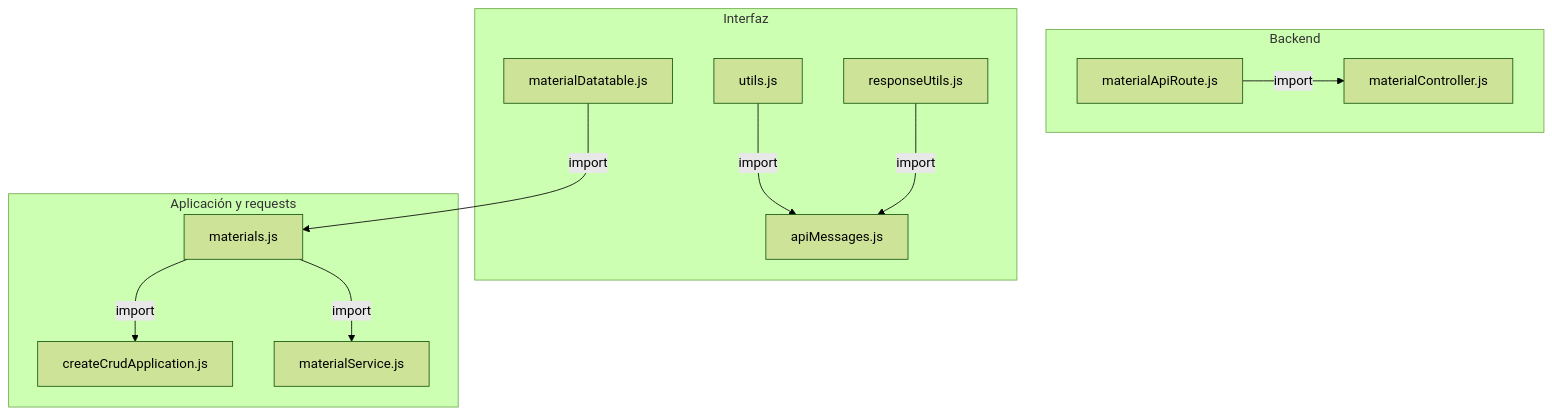
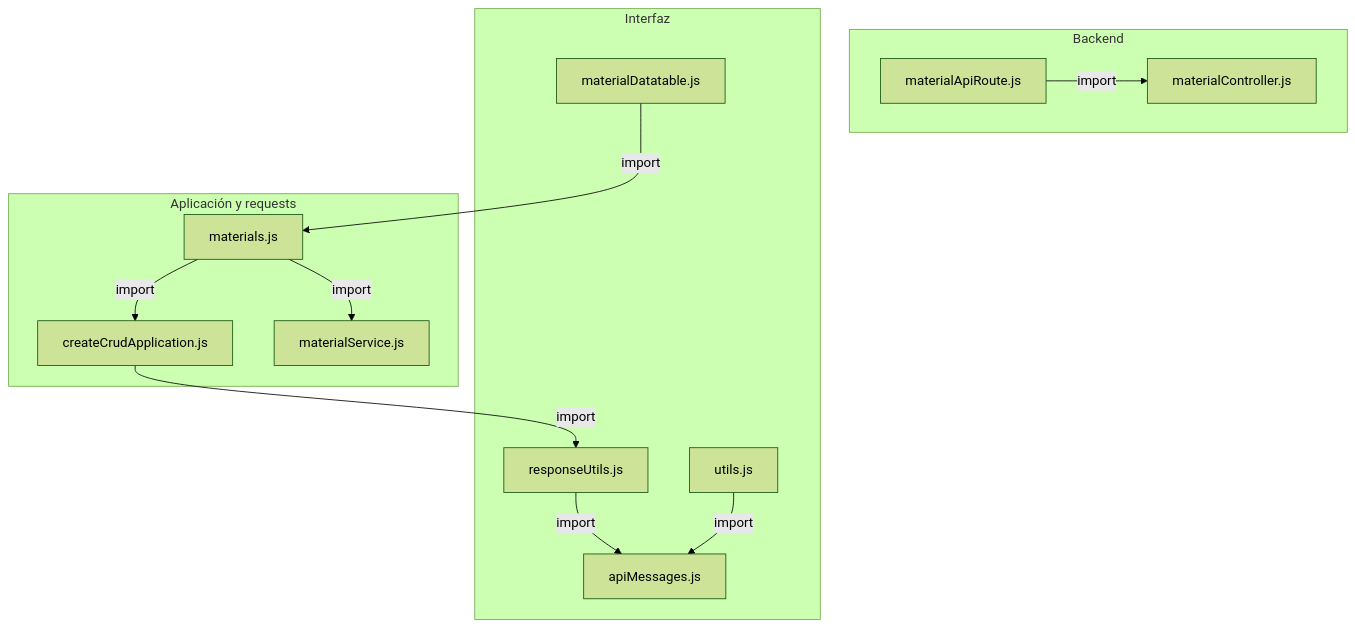
The first of 2 diagrams in docs/architecture/views/processes/frontend-code-sequences/catalogs/cu-alm-04.md (gpgsistemas01/nexus), drawn with Mermaid (forest theme) before and after one commit. The commit also changed 200 other files, not shown here.

````diff
--- a/docs/architecture/views/processes/frontend-code-sequences/catalogs/cu-alm-04.md
+++ b/docs/architecture/views/processes/frontend-code-sequences/catalogs/cu-alm-04.md
@@ -45,24 +45,25 @@
 ```mermaid
 flowchart TB
     subgraph Component0["Backend"]
         FileMaterialController["materialController.js"]
         Transport["materialApiRoute.js"]
     end
     subgraph Component1["Interfaz"]
         FileUtils["utils.js"]
         FileApiMessages["apiMessages.js"]
         View["materialDatatable.js"]
         FileResponseUtils["responseUtils.js"]
     end
     subgraph Component2["Aplicación y requests"]
         Application["createCrudApplication.js"]
         FileMaterials["materials.js"]
         Request["materialService.js"]
     end
+    Application -->|import| FileResponseUtils
+    FileMaterials -->|import| Application
+    FileMaterials -->|import| Request
+    FileResponseUtils -->|import| FileApiMessages
     FileUtils -->|import| FileApiMessages
-    FileMaterials -->|import| Request
-    FileMaterials -->|import| Application
+    Transport -->|import| FileMaterialController
     View -->|import| FileMaterials
-    FileResponseUtils -->|import| FileApiMessages
-    Transport -->|import| FileMaterialController
 ```
````
